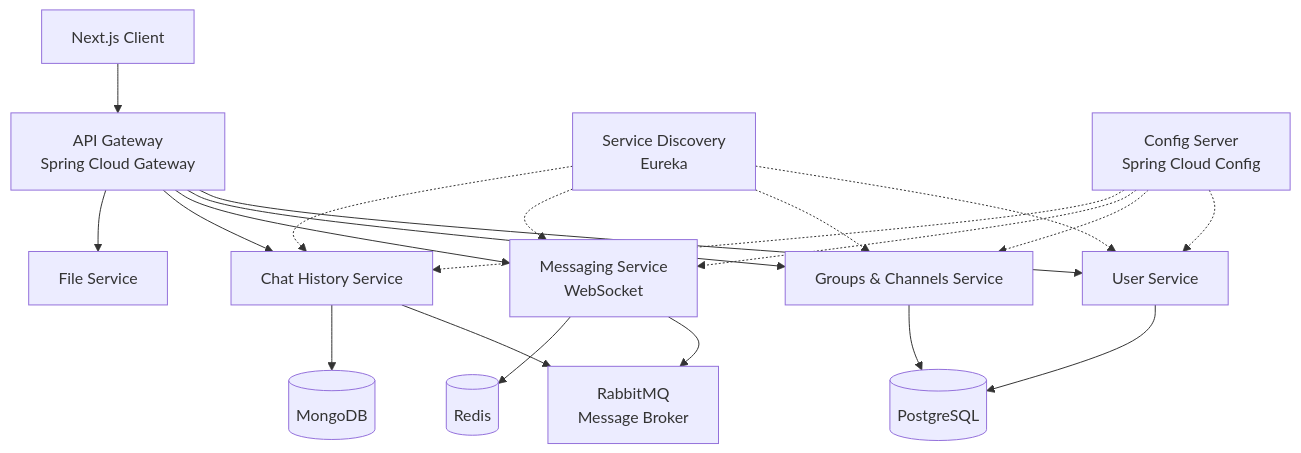
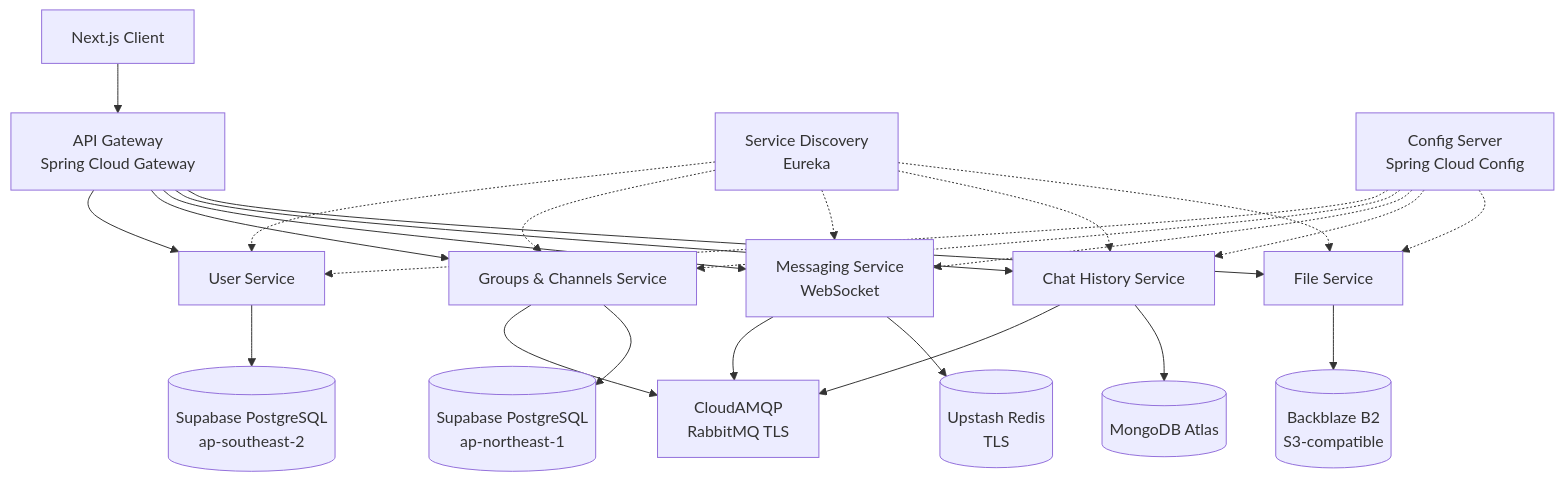
The first of 2 diagrams in docs/plan.md (jnswkz/MiniDiscord), drawn with Mermaid before and after one commit. The commit also changed other lines of this file and 15 other files, not shown here.

````diff
--- a/docs/plan.md
+++ b/docs/plan.md
@@ -14,27 +15,31 @@
 ```mermaid
 graph TD
     Client[Next.js Client] --> GW[API Gateway<br/>Spring Cloud Gateway]
     GW --> US[User Service]
     GW --> GCS[Groups & Channels Service]
     GW --> MS[Messaging Service<br/>WebSocket]
     GW --> CHS[Chat History Service]
     GW --> FS[File Service]
 
-    MS --> RMQ[RabbitMQ<br/>Message Broker]
+    MS --> RMQ[CloudAMQP<br/>RabbitMQ TLS]
     CHS --> RMQ
+    GCS --> RMQ
     
-    US --> PG[(PostgreSQL)]
-    GCS --> PG
-    CHS --> MDB[(MongoDB)]
-    MS --> RD[(Redis)]
+    US --> PG1[(Supabase PostgreSQL<br/>ap-southeast-2)]
+    GCS --> PG2[(Supabase PostgreSQL<br/>ap-northeast-1)]
+    CHS --> MDB[(MongoDB Atlas)]
+    MS --> RD[(Upstash Redis<br/>TLS)]
+    FS --> B2[(Backblaze B2<br/>S3-compatible)]
 
     SD[Service Discovery<br/>Eureka] -.-> US
     SD -.-> GCS
     SD -.-> MS
     SD -.-> CHS
+    SD -.-> FS
     
     CFG[Config Server<br/>Spring Cloud Config] -.-> US
     CFG -.-> GCS
     CFG -.-> MS
     CFG -.-> CHS
+    CFG -.-> FS
 ```
````
